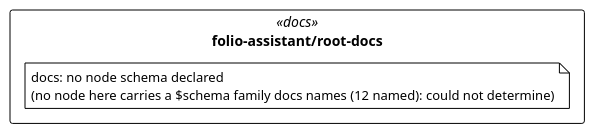
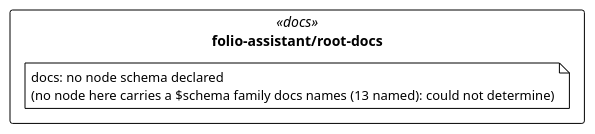
The diagram in cat-harness/uml/overview/folio-assistant/root-docs.puml (litlfred/folio-assistant), drawn with PlantUML before and after one commit. The commit also changed 171 other files, not shown here.

First line of the commit message:
Node kinds are short names with SemVer versions (#2195)

```diff
--- a/cat-harness/uml/overview/folio-assistant/root-docs.puml
+++ b/cat-harness/uml/overview/folio-assistant/root-docs.puml
@@ -3,13 +3,13 @@
 @startuml folio_assistant_root_docs
 !pragma layout elk
 !theme plain
 skinparam classAttributeIconSize 0
 skinparam shadowing false
 skinparam packageStyle rectangle
 hide empty methods
 
 package "folio-assistant/root-docs" as pkg_folio_assistant_root_docs <<docs>> {
-  note "docs: no node schema declared\n(no node here carries a $schema family docs names (12 named): could not determine)" as n_folio_assistant_root_docs_docs
+  note "docs: no node schema declared\n(no node here carries a $schema family docs names (13 named): could not determine)" as n_folio_assistant_root_docs_docs
 }
 
 @enduml
```
